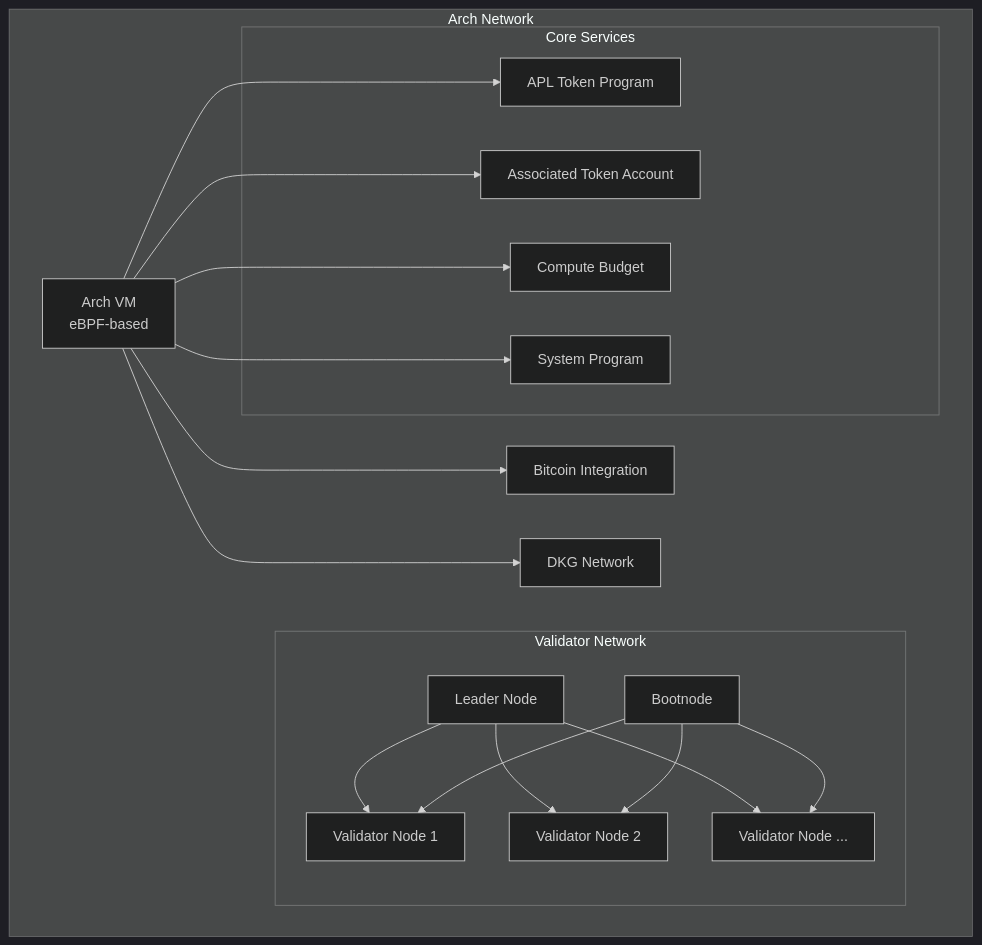
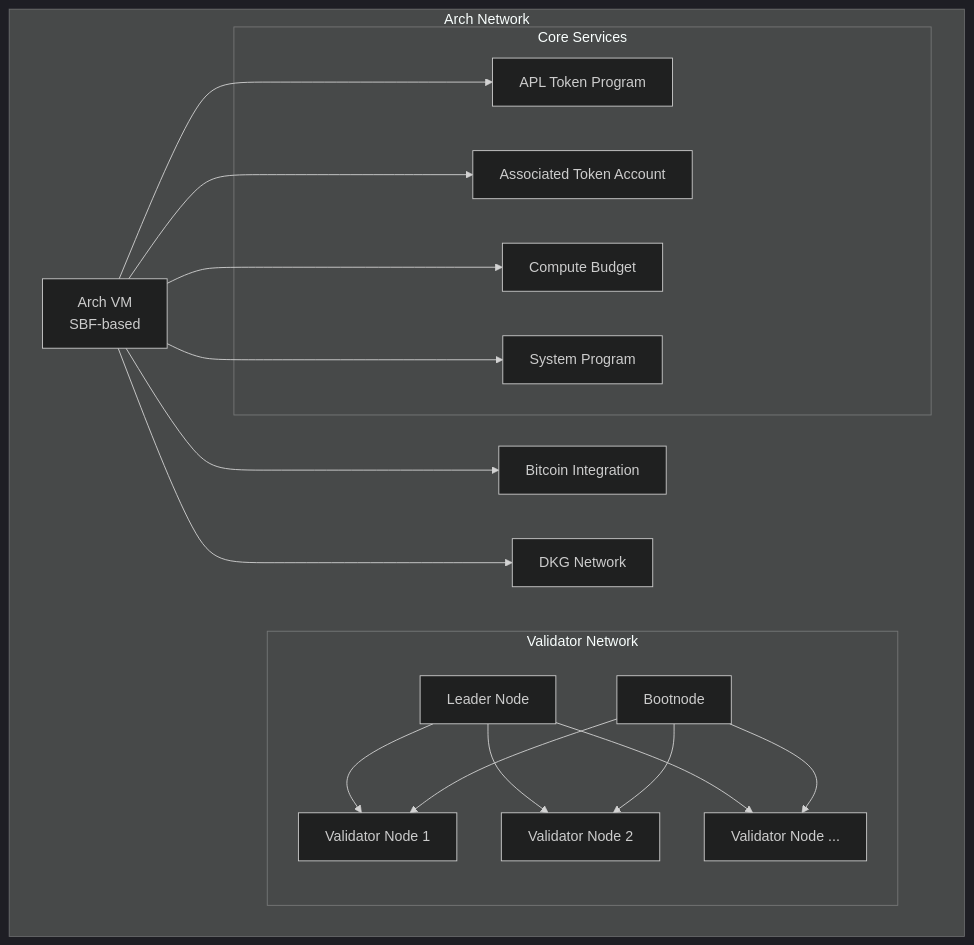
Before and after one commit to Arch-Network/docs-fumadocs: the first of 2 diagrams in content/docs/setup-infrastructure/architecture.mdx, drawn with Mermaid (dark theme). The commit also changed other lines of this file and 28 other files, not shown here.

````diff
--- a/content/docs/setup-infrastructure/architecture.mdx
+++ b/content/docs/setup-infrastructure/architecture.mdx
@@ -8,36 +8,36 @@
 ```mermaid
 graph TB
     subgraph "Arch Network"
-        VM[Arch VM<br/>eBPF-based]
+        VM[Arch VM<br/>SBF-based]
         BTC[Bitcoin Integration]
         DKG[DKG Network]
         
         subgraph "Validator Network"
             L[Leader Node]
             V1[Validator Node 1]
             V2[Validator Node 2]
             V3[Validator Node ...]
             B[Bootnode]
         end
         
         subgraph "Core Services"
             TOKEN[APL Token Program]
             ATA[Associated Token Account]
             COMPUTE[Compute Budget]
             SYSTEM[System Program]
         end
         
         VM --> BTC
         VM --> DKG
         L --> V1
         L --> V2
         L --> V3
         B --> V1
         B --> V2
         B --> V3
         VM --> TOKEN
         VM --> ATA
         VM --> COMPUTE
         VM --> SYSTEM
     end
 ```
````
